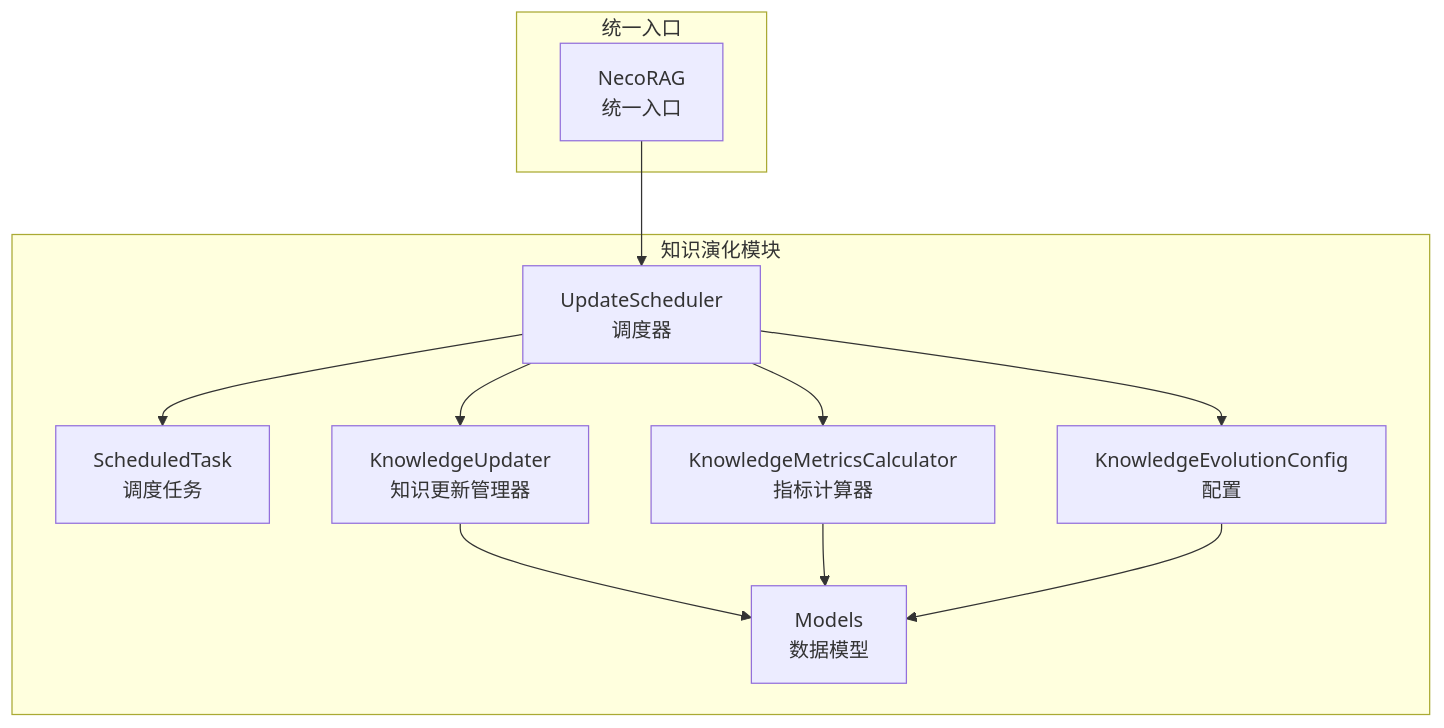
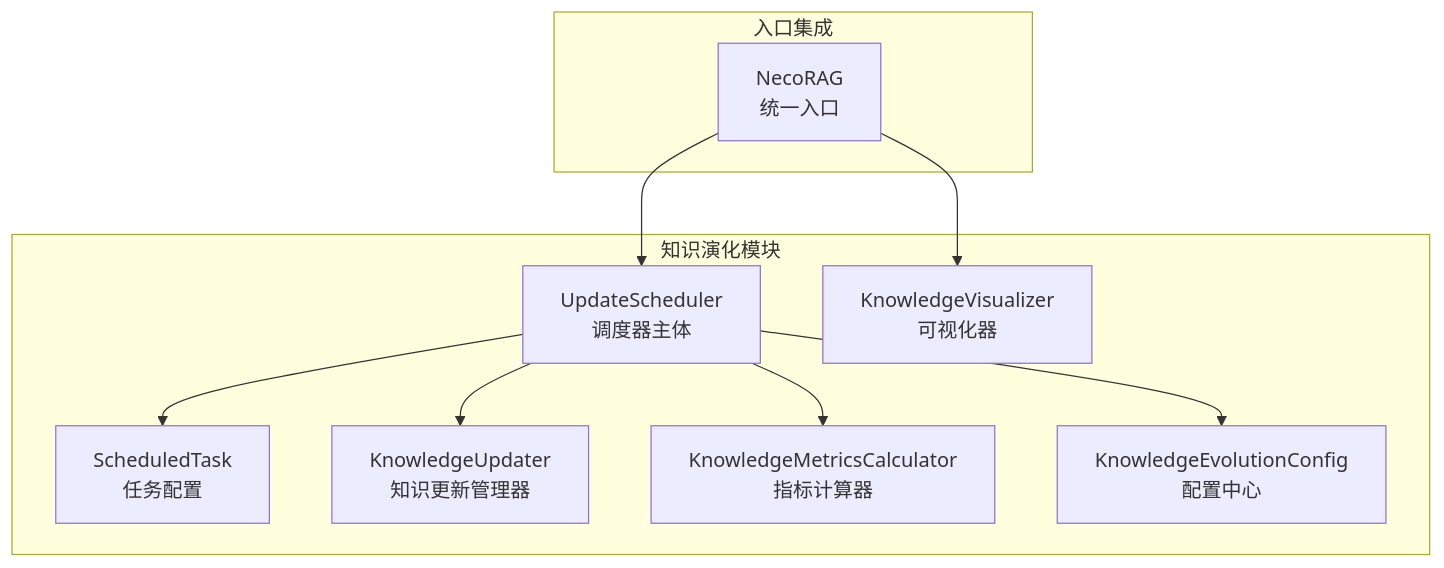
One commit to JieGaoPrinceton/NecoRAG changed the first of 7 diagrams in .qoder/repowiki/zh/content/知识演化系统/调度管理器.md. Above: the diagram before and after it, drawn with Mermaid. The commit also changed other lines of this file and 181 other files, not shown here.

````diff
--- a/.qoder/repowiki/zh/content/知识演化系统/调度管理器.md
+++ b/.qoder/repowiki/zh/content/知识演化系统/调度管理器.md
@@ -37,22 +38,20 @@
 ```mermaid
 graph TB
 subgraph "知识演化模块"
-S["UpdateScheduler<br/>调度器"]
-ST["ScheduledTask<br/>调度任务"]
+S["UpdateScheduler<br/>调度器主体"]
+ST["ScheduledTask<br/>任务配置"]
 U["KnowledgeUpdater<br/>知识更新管理器"]
 M["KnowledgeMetricsCalculator<br/>指标计算器"]
-C["KnowledgeEvolutionConfig<br/>配置"]
-MD["Models<br/>数据模型"]
+C["KnowledgeEvolutionConfig<br/>配置中心"]
+V["KnowledgeVisualizer<br/>可视化器"]
 end
-subgraph "统一入口"
+subgraph "入口集成"
 N["NecoRAG<br/>统一入口"]
 end
 N --> S
 S --> U
 S --> M
 S --> C
 S --> ST
-U --> MD
-M --> MD
-C --> MD
+N --> V
 ```
````
